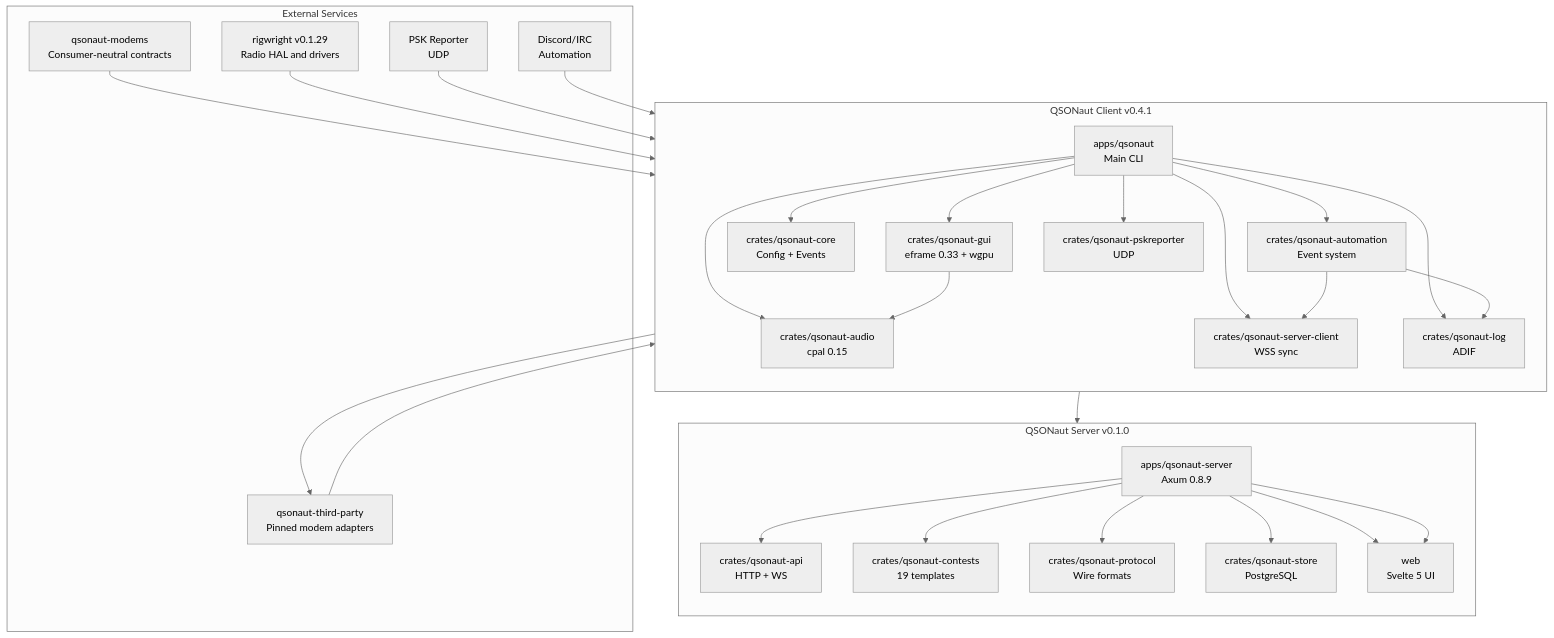
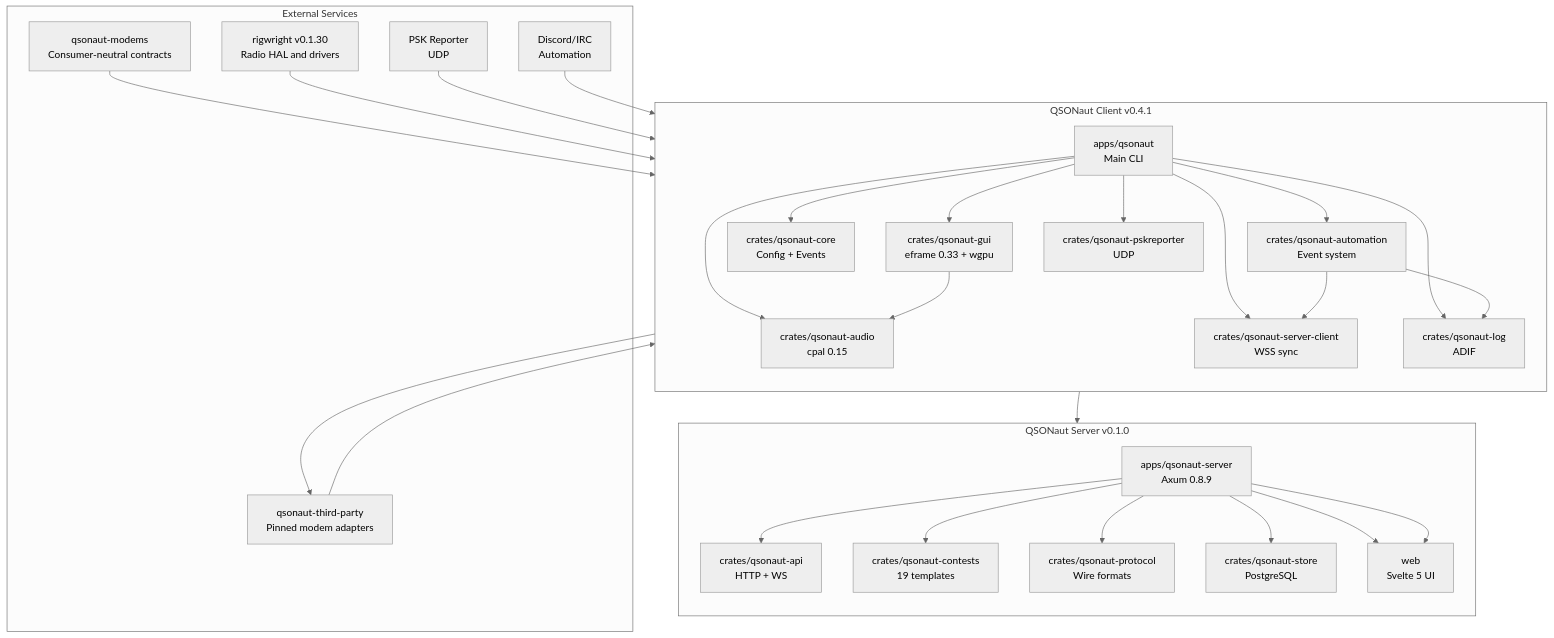
One commit to nicksbar/QSONaut changed the first of 6 diagrams in docs/ARCHITECTURE.md. Above: the diagram before and after it, drawn with Mermaid (neutral theme). The commit also changed 14 other files, not shown here.

````diff
--- a/docs/ARCHITECTURE.md
+++ b/docs/ARCHITECTURE.md
@@ -5,45 +5,45 @@
 ```mermaid
 graph TB
     subgraph QSONaut_Client["QSONaut Client v0.4.1"]
         direction TB
         A[apps/qsonaut<br/>Main CLI]
         A --> B[crates/qsonaut-gui<br/>eframe 0.33 + wgpu]
         A --> C[crates/qsonaut-core<br/>Config + Events]
         A --> F[crates/qsonaut-audio<br/>cpal 0.15]
         A --> G[crates/qsonaut-automation<br/>Event system]
         A --> H[crates/qsonaut-server-client<br/>WSS sync]
         A --> I[crates/qsonaut-log<br/>ADIF]
         A --> J[crates/qsonaut-pskreporter<br/>UDP]
         
         B --> F
         G --> H
         G --> I
     end
     
     subgraph QSONaut_Server["QSONaut Server v0.1.0"]
         direction TB
         K[apps/qsonaut-server<br/>Axum 0.8.9]
         K --> L[crates/qsonaut-api<br/>HTTP + WS]
         K --> M[crates/qsonaut-contests<br/>19 templates]
         K --> N[crates/qsonaut-protocol<br/>Wire formats]
         K --> O[crates/qsonaut-store<br/>PostgreSQL]
         K --> P[web<br/>Svelte 5 UI]
     end
     
     subgraph External["External Services"]
         Q[qsonaut-third-party<br/>Pinned modem adapters]
         U[qsonaut-modems<br/>Consumer-neutral contracts]
-        R[rigwright v0.1.29<br/>Radio HAL and drivers]
+        R[rigwright v0.1.30<br/>Radio HAL and drivers]
         S[PSK Reporter<br/>UDP]
         T[Discord/IRC<br/>Automation]
     end
     
     Q --> B
     U --> B
     F --> Q
     R --> A
     S --> I
     T --> G
     H --> K
     K --> P
 ```
````
